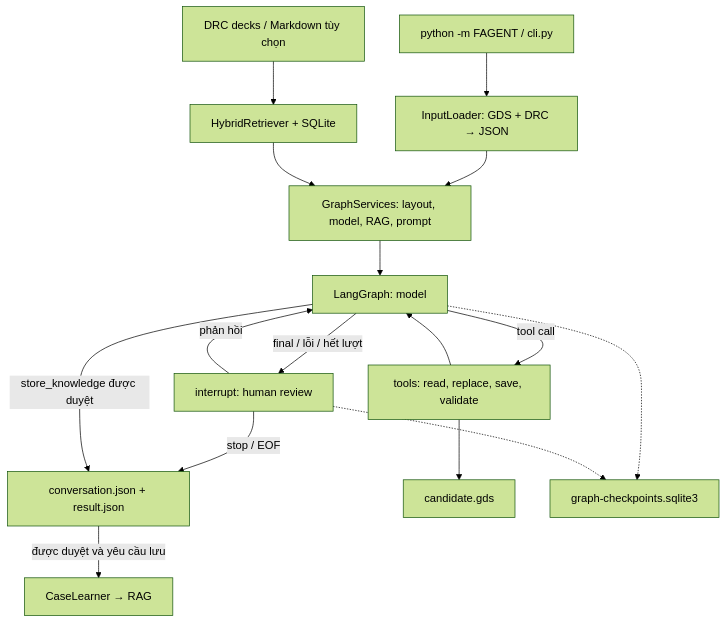
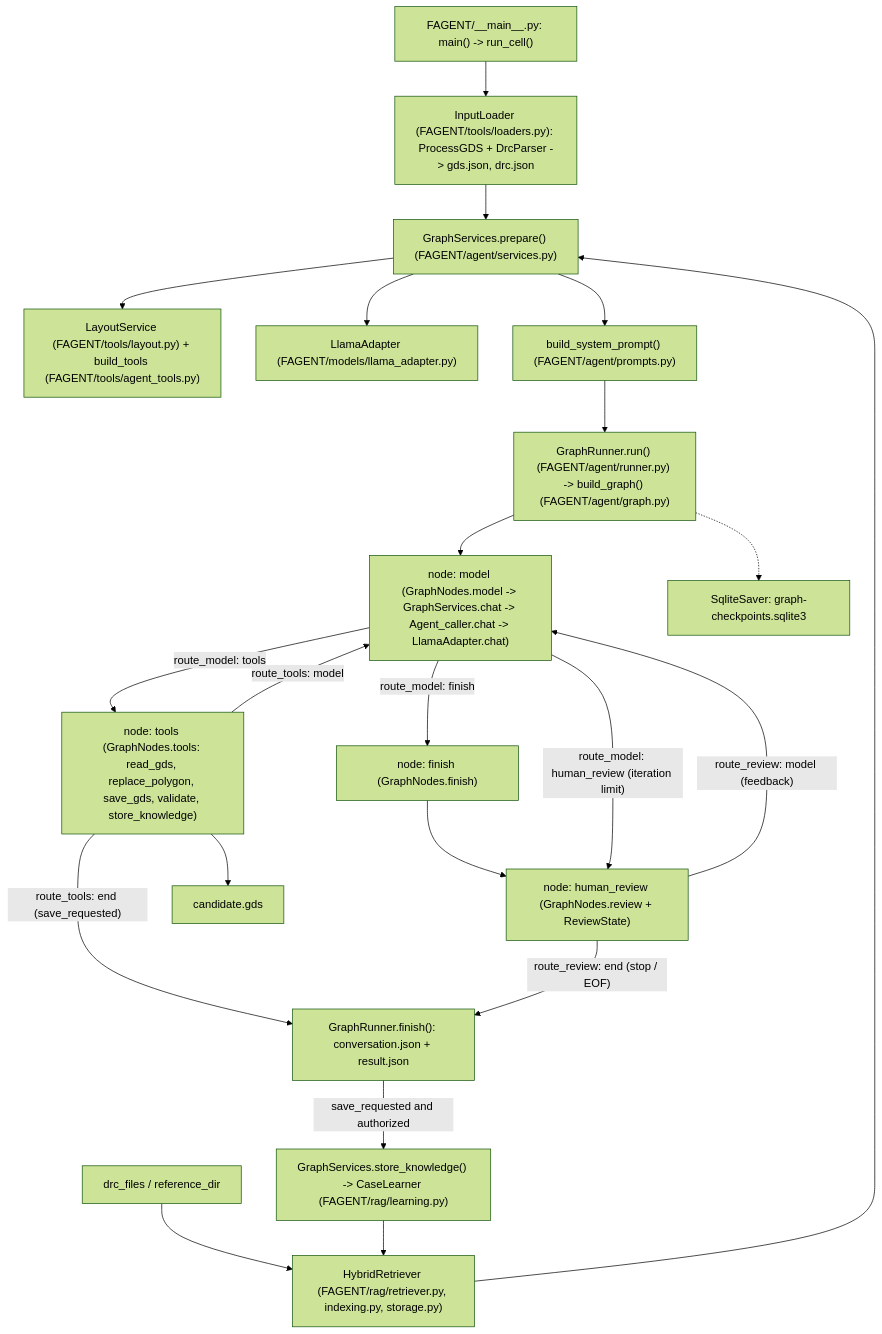
Before and after one commit to cuongdb-talos/FAGENT: the diagram in .agent/AI_Workflow.md, drawn with Mermaid (forest theme). The commit also changed other lines of this file and 40 other files, not shown here.

````diff
--- a/.agent/AI_Workflow.md
+++ b/.agent/AI_Workflow.md
@@ -70,18 +8,24 @@
 ```mermaid
 flowchart TD
-    CLI["python -m FAGENT / cli.py"] --> LOADER["InputLoader: GDS + DRC → JSON"]
-    LOADER --> PREP["GraphServices: layout, model, RAG, prompt"]
-    DECK["DRC decks / Markdown tùy chọn"] --> RAG["HybridRetriever + SQLite"]
+    MAIN["FAGENT/__main__.py: main() -> run_cell()"] --> LOADER["InputLoader (FAGENT/tools/loaders.py): ProcessGDS + DrcParser -> gds.json, drc.json"]
+    LOADER --> PREP["GraphServices.prepare() (FAGENT/agent/services.py)"]
+    PREP --> LAYOUT["LayoutService (FAGENT/tools/layout.py) + build_tools (FAGENT/tools/agent_tools.py)"]
+    PREP --> ADAPTER["LlamaAdapter (FAGENT/models/llama_adapter.py)"]
+    DECK["drc_files / reference_dir"] --> RAG["HybridRetriever (FAGENT/rag/retriever.py, indexing.py, storage.py)"]
     RAG --> PREP
-    PREP --> MODEL["LangGraph: model"]
-    MODEL -->|"tool call"| TOOLS["tools: read, replace, save, validate"]
-    TOOLS --> MODEL
-    MODEL -->|"final / lỗi / hết lượt"| REVIEW["interrupt: human review"]
-    REVIEW -->|"phản hồi"| MODEL
-    REVIEW -->|"stop / EOF"| OUTPUT["conversation.json + result.json"]
-    MODEL -->|"store_knowledge được duyệt"| OUTPUT
-    OUTPUT -->|"được duyệt và yêu cầu lưu"| LEARN["CaseLearner → RAG"]
+    PREP --> PROMPTS["build_system_prompt() (FAGENT/agent/prompts.py)"]
+    PROMPTS --> RUNNER["GraphRunner.run() (FAGENT/agent/runner.py) -> build_graph() (FAGENT/agent/graph.py)"]
+    RUNNER --> MODEL["node: model (GraphNodes.model -> GraphServices.chat -> Agent_caller.chat -> LlamaAdapter.chat)"]
+    MODEL -->|"route_model: tools"| TOOLS["node: tools (GraphNodes.tools: read_gds, replace_polygon, save_gds, validate, store_knowledge)"]
+    TOOLS -->|"route_tools: model"| MODEL
+    TOOLS -->|"route_tools: end (save_requested)"| FINISH_OUT["GraphRunner.finish(): conversation.json + result.json"]
+    MODEL -->|"route_model: finish"| FINISH_NODE["node: finish (GraphNodes.finish)"]
+    FINISH_NODE --> REVIEW["node: human_review (GraphNodes.review + ReviewState)"]
+    MODEL -->|"route_model: human_review (iteration limit)"| REVIEW
+    REVIEW -->|"route_review: model (feedback)"| MODEL
+    REVIEW -->|"route_review: end (stop / EOF)"| FINISH_OUT
+    FINISH_OUT -->|"save_requested and authorized"| LEARN["GraphServices.store_knowledge() -> CaseLearner (FAGENT/rag/learning.py)"]
+    LEARN --> RAG
     TOOLS --> CANDIDATE["candidate.gds"]
-    MODEL -.-> CHECKPOINT["graph-checkpoints.sqlite3"]
-    REVIEW -.-> CHECKPOINT
+    RUNNER -.-> CHECKPOINT["SqliteSaver: graph-checkpoints.sqlite3"]
 ```
````
